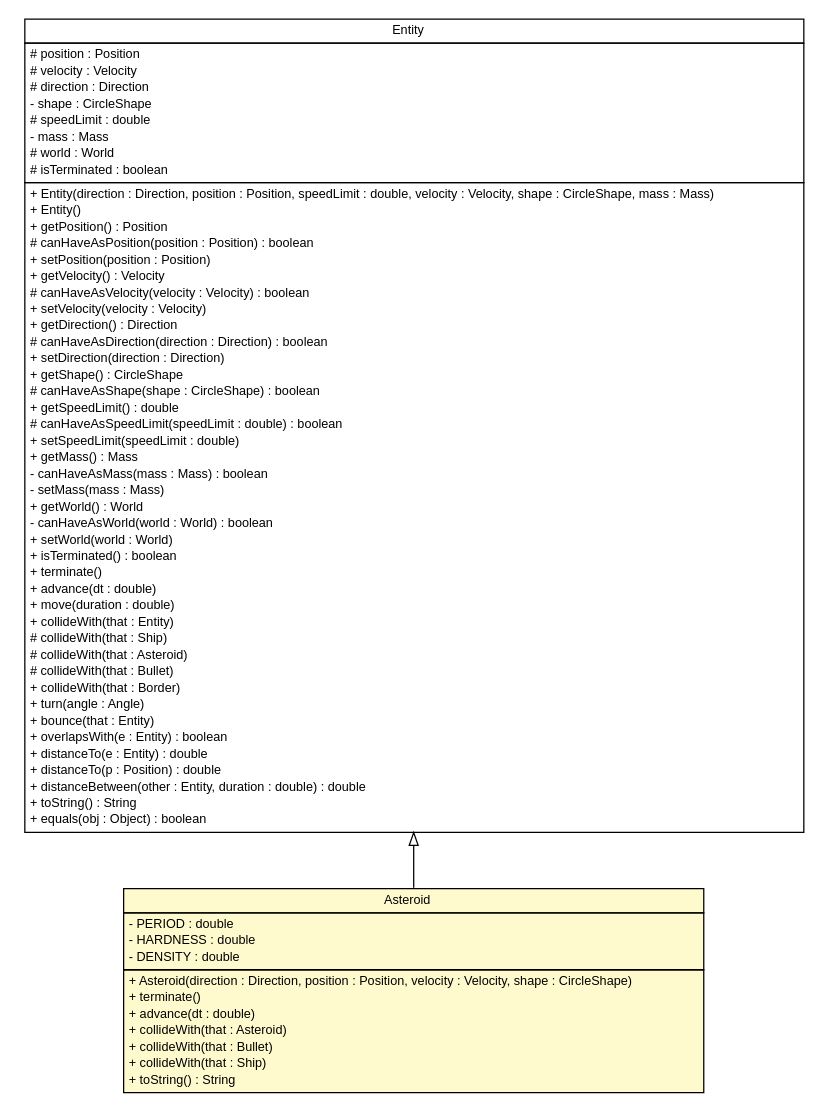
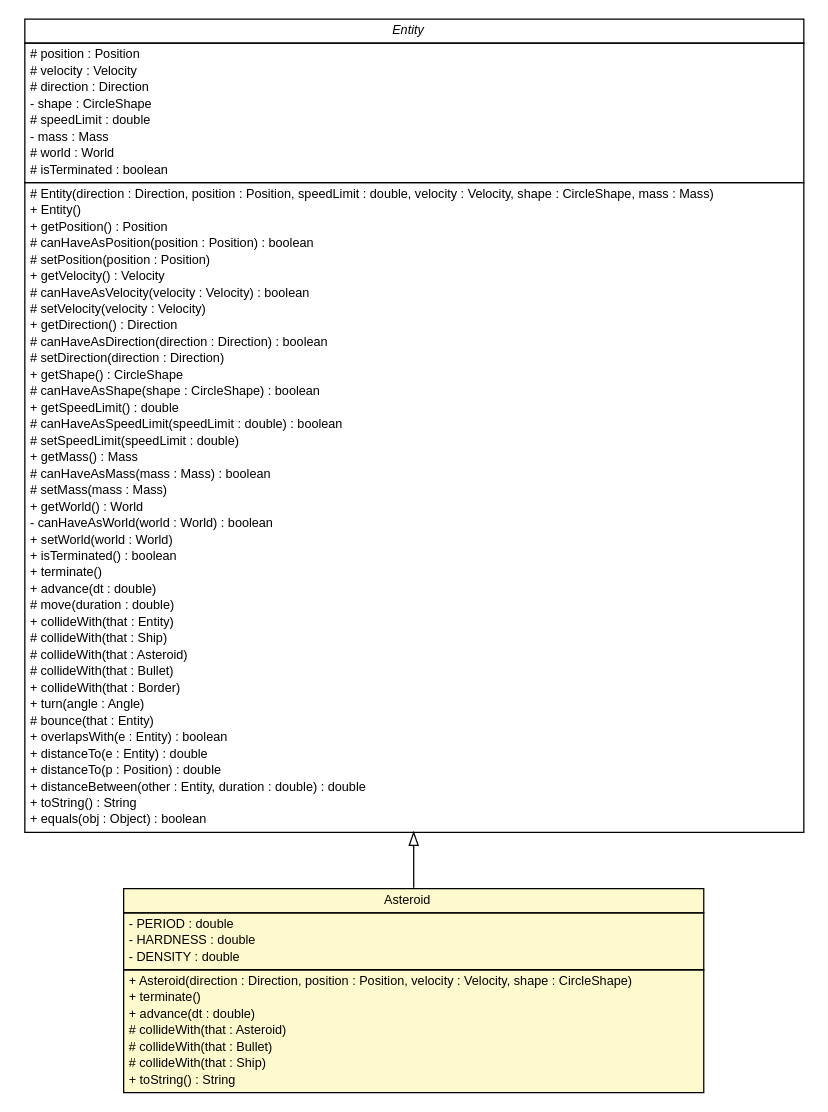
One commit to sinopeus/asteroids changed the diagram in doc/world/entity/Asteroid.dot. Above: the diagram before and after it, drawn with Graphviz. The commit also changed 490 other files, not shown here.

Commit message:
Final UML.

```diff
--- a/doc/world/entity/Asteroid.dot
+++ b/doc/world/entity/Asteroid.dot
@@ -1,91 +1,91 @@
 #!/usr/local/bin/dot
 #
 # Class diagram 
 # Generated by UMLGraph version R5_6 (http://www.umlgraph.org/)
 #
 
 digraph G {
 	edge [fontname="Helvetica",fontsize=10,labelfontname="Helvetica",labelfontsize=10];
 	node [fontname="Helvetica",fontsize=10,shape=plaintext];
 	nodesep=0.25;
 	ranksep=0.5;
 	// world.entity.Asteroid
 	c3505 [label=<<table title="world.entity.Asteroid" border="0" cellborder="1" cellspacing="0" cellpadding="2" port="p" bgcolor="lemonChiffon" href="./Asteroid.html">
 		<tr><td><table border="0" cellspacing="0" cellpadding="1">
 <tr><td align="center" balign="center"> Asteroid </td></tr>
 		</table></td></tr>
 		<tr><td><table border="0" cellspacing="0" cellpadding="1">
 <tr><td align="left" balign="left"> - PERIOD : double </td></tr>
 <tr><td align="left" balign="left"> - HARDNESS : double </td></tr>
 <tr><td align="left" balign="left"> - DENSITY : double </td></tr>
 		</table></td></tr>
 		<tr><td><table border="0" cellspacing="0" cellpadding="1">
 <tr><td align="left" balign="left"> + Asteroid(direction : Direction, position : Position, velocity : Velocity, shape : CircleShape) </td></tr>
 <tr><td align="left" balign="left"> + terminate() </td></tr>
 <tr><td align="left" balign="left"> + advance(dt : double) </td></tr>
-<tr><td align="left" balign="left"> + collideWith(that : Asteroid) </td></tr>
-<tr><td align="left" balign="left"> + collideWith(that : Bullet) </td></tr>
-<tr><td align="left" balign="left"> + collideWith(that : Ship) </td></tr>
+<tr><td align="left" balign="left"> # collideWith(that : Asteroid) </td></tr>
+<tr><td align="left" balign="left"> # collideWith(that : Bullet) </td></tr>
+<tr><td align="left" balign="left"> # collideWith(that : Ship) </td></tr>
 <tr><td align="left" balign="left"> + toString() : String </td></tr>
 		</table></td></tr>
 		</table>>, URL="./Asteroid.html", fontname="Helvetica", fontcolor="black", fontsize=10.0];
 	// world.entity.Entity
 	c3506 [label=<<table title="world.entity.Entity" border="0" cellborder="1" cellspacing="0" cellpadding="2" port="p" href="./Entity.html">
 		<tr><td><table border="0" cellspacing="0" cellpadding="1">
-<tr><td align="center" balign="center"> Entity </td></tr>
+<tr><td align="center" balign="center"><font face="Helvetica-Oblique"> Entity </font></td></tr>
 		</table></td></tr>
 		<tr><td><table border="0" cellspacing="0" cellpadding="1">
 <tr><td align="left" balign="left"> # position : Position </td></tr>
 <tr><td align="left" balign="left"> # velocity : Velocity </td></tr>
 <tr><td align="left" balign="left"> # direction : Direction </td></tr>
 <tr><td align="left" balign="left"> - shape : CircleShape </td></tr>
 <tr><td align="left" balign="left"> # speedLimit : double </td></tr>
 <tr><td align="left" balign="left"> - mass : Mass </td></tr>
 <tr><td align="left" balign="left"> # world : World </td></tr>
 <tr><td align="left" balign="left"> # isTerminated : boolean </td></tr>
 		</table></td></tr>
 		<tr><td><table border="0" cellspacing="0" cellpadding="1">
-<tr><td align="left" balign="left"> + Entity(direction : Direction, position : Position, speedLimit : double, velocity : Velocity, shape : CircleShape, mass : Mass) </td></tr>
+<tr><td align="left" balign="left"> # Entity(direction : Direction, position : Position, speedLimit : double, velocity : Velocity, shape : CircleShape, mass : Mass) </td></tr>
 <tr><td align="left" balign="left"> + Entity() </td></tr>
 <tr><td align="left" balign="left"> + getPosition() : Position </td></tr>
 <tr><td align="left" balign="left"> # canHaveAsPosition(position : Position) : boolean </td></tr>
-<tr><td align="left" balign="left"> + setPosition(position : Position) </td></tr>
+<tr><td align="left" balign="left"> # setPosition(position : Position) </td></tr>
 <tr><td align="left" balign="left"> + getVelocity() : Velocity </td></tr>
 <tr><td align="left" balign="left"> # canHaveAsVelocity(velocity : Velocity) : boolean </td></tr>
-<tr><td align="left" balign="left"> + setVelocity(velocity : Velocity) </td></tr>
+<tr><td align="left" balign="left"> # setVelocity(velocity : Velocity) </td></tr>
 <tr><td align="left" balign="left"> + getDirection() : Direction </td></tr>
 <tr><td align="left" balign="left"> # canHaveAsDirection(direction : Direction) : boolean </td></tr>
-<tr><td align="left" balign="left"> + setDirection(direction : Direction) </td></tr>
+<tr><td align="left" balign="left"> # setDirection(direction : Direction) </td></tr>
 <tr><td align="left" balign="left"> + getShape() : CircleShape </td></tr>
 <tr><td align="left" balign="left"> # canHaveAsShape(shape : CircleShape) : boolean </td></tr>
 <tr><td align="left" balign="left"> + getSpeedLimit() : double </td></tr>
 <tr><td align="left" balign="left"> # canHaveAsSpeedLimit(speedLimit : double) : boolean </td></tr>
-<tr><td align="left" balign="left"> + setSpeedLimit(speedLimit : double) </td></tr>
+<tr><td align="left" balign="left"> # setSpeedLimit(speedLimit : double) </td></tr>
 <tr><td align="left" balign="left"> + getMass() : Mass </td></tr>
-<tr><td align="left" balign="left"> - canHaveAsMass(mass : Mass) : boolean </td></tr>
-<tr><td align="left" balign="left"> - setMass(mass : Mass) </td></tr>
+<tr><td align="left" balign="left"> # canHaveAsMass(mass : Mass) : boolean </td></tr>
+<tr><td align="left" balign="left"> # setMass(mass : Mass) </td></tr>
 <tr><td align="left" balign="left"> + getWorld() : World </td></tr>
 <tr><td align="left" balign="left"> - canHaveAsWorld(world : World) : boolean </td></tr>
 <tr><td align="left" balign="left"> + setWorld(world : World) </td></tr>
 <tr><td align="left" balign="left"> + isTerminated() : boolean </td></tr>
 <tr><td align="left" balign="left"> + terminate() </td></tr>
 <tr><td align="left" balign="left"> + advance(dt : double) </td></tr>
-<tr><td align="left" balign="left"> + move(duration : double) </td></tr>
+<tr><td align="left" balign="left"> # move(duration : double) </td></tr>
 <tr><td align="left" balign="left"> + collideWith(that : Entity) </td></tr>
 <tr><td align="left" balign="left"> # collideWith(that : Ship) </td></tr>
 <tr><td align="left" balign="left"> # collideWith(that : Asteroid) </td></tr>
 <tr><td align="left" balign="left"> # collideWith(that : Bullet) </td></tr>
 <tr><td align="left" balign="left"> + collideWith(that : Border) </td></tr>
 <tr><td align="left" balign="left"> + turn(angle : Angle) </td></tr>
-<tr><td align="left" balign="left"> + bounce(that : Entity) </td></tr>
+<tr><td align="left" balign="left"> # bounce(that : Entity) </td></tr>
 <tr><td align="left" balign="left"> + overlapsWith(e : Entity) : boolean </td></tr>
 <tr><td align="left" balign="left"> + distanceTo(e : Entity) : double </td></tr>
 <tr><td align="left" balign="left"> + distanceTo(p : Position) : double </td></tr>
 <tr><td align="left" balign="left"> + distanceBetween(other : Entity, duration : double) : double </td></tr>
 <tr><td align="left" balign="left"> + toString() : String </td></tr>
 <tr><td align="left" balign="left"> + equals(obj : Object) : boolean </td></tr>
 		</table></td></tr>
 		</table>>, URL="./Entity.html", fontname="Helvetica", fontcolor="black", fontsize=10.0];
 	//world.entity.Asteroid extends world.entity.Entity
 	c3506:p -> c3505:p [dir=back,arrowtail=empty];
 }
```
